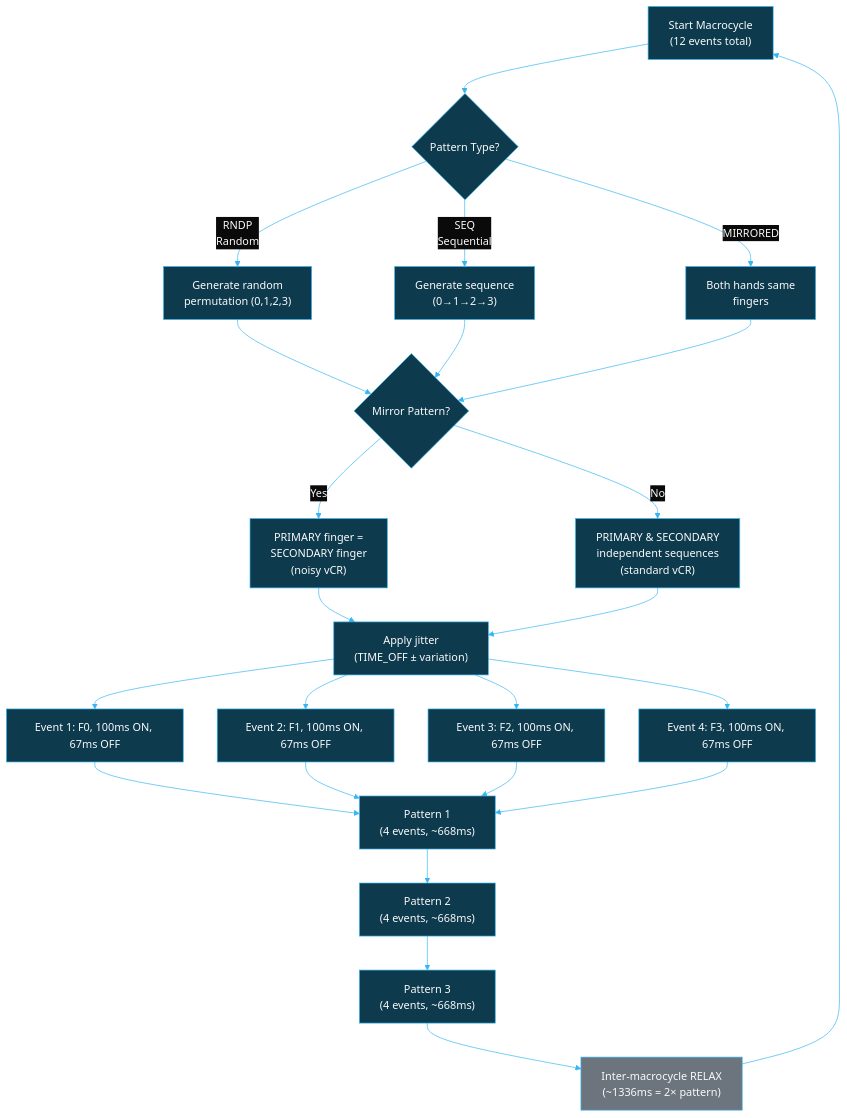
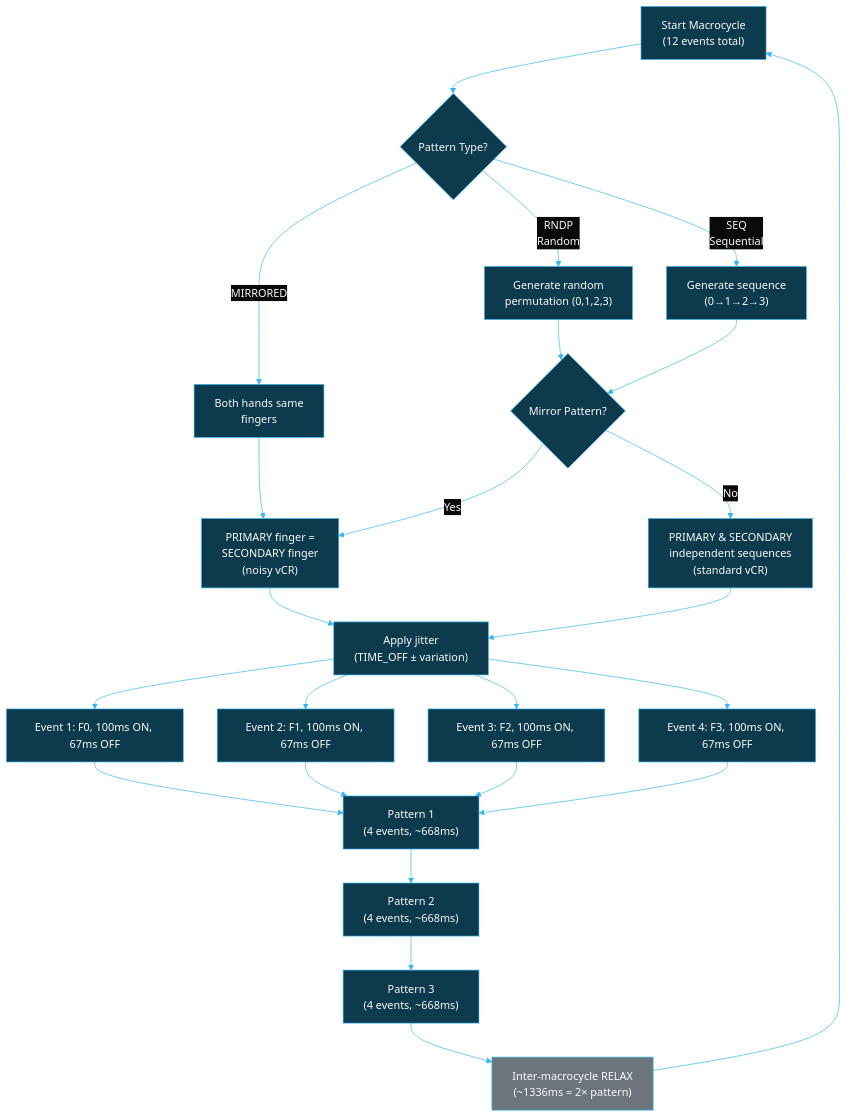
Before and after one commit to BlueBuzzah/BlueBuzzah-Firmware: the eighth of 11 diagrams in docs/THERAPY_SESSION_FLOW.md, drawn with Mermaid. The commit also changed other lines of this file and 12 other files, not shown here.

````diff
--- a/docs/THERAPY_SESSION_FLOW.md
+++ b/docs/THERAPY_SESSION_FLOW.md
@@ -531,60 +518,60 @@
 ```mermaid
 %%{init: {'theme': 'base', 'themeVariables': {
   'primaryColor': '#0d3a4d',
   'primaryTextColor': '#fafafa',
   'primaryBorderColor': '#35B6F2',
   'lineColor': '#35B6F2',
   'secondaryColor': '#05212D',
   'tertiaryColor': '#0a0a0a',
   'background': '#0a0a0a',
   'mainBkg': '#0d3a4d',
   'nodeBorder': '#35B6F2',
   'clusterBkg': '#05212D',
   'clusterBorder': '#35B6F2',
   'titleColor': '#fafafa',
   'edgeLabelBackground': '#0a0a0a'
 }}}%%
 flowchart TD
     A["Start Macrocycle<br/>(12 events total)"]
 
     B["Pattern 1<br/>(4 events, ~668ms)"]
     C["Pattern 2<br/>(4 events, ~668ms)"]
     D["Pattern 3<br/>(4 events, ~668ms)"]
     E["Inter-macrocycle RELAX<br/>(~1336ms = 2× pattern)"]
 
     A --> F{Pattern Type?}
 
     F -->|RNDP<br/>Random| G["Generate random<br/>permutation (0,1,2,3)"]
     F -->|SEQ<br/>Sequential| H["Generate sequence<br/>(0→1→2→3)"]
     F -->|MIRRORED| I["Both hands same<br/>fingers"]
 
     G --> J{Mirror Pattern?}
     H --> J
-    I --> J
+    I --> K
 
     J -->|Yes| K["PRIMARY finger =<br/>SECONDARY finger<br/>(noisy vCR)"]
     J -->|No| L["PRIMARY & SECONDARY<br/>independent sequences<br/>(standard vCR)"]
 
     K --> M["Apply jitter<br/>(TIME_OFF ± variation)"]
     L --> M
 
     M --> N["Event 1: F0, 100ms ON, 67ms OFF"]
     M --> O["Event 2: F1, 100ms ON, 67ms OFF"]
     M --> P["Event 3: F2, 100ms ON, 67ms OFF"]
     M --> Q["Event 4: F3, 100ms ON, 67ms OFF"]
 
     N --> B
     O --> B
     P --> B
     Q --> B
 
     B --> C
     C --> D
     D --> E
     E --> A
 
     style B fill:#0d3a4d,color:#fafafa
     style C fill:#0d3a4d,color:#fafafa
     style D fill:#0d3a4d,color:#fafafa
     style E fill:#6c757d,color:#fafafa
 ```
````
